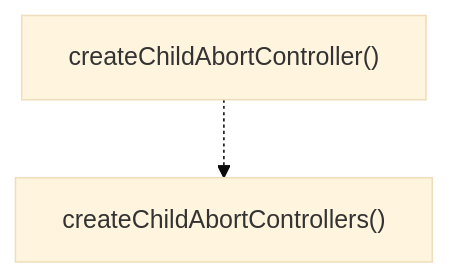
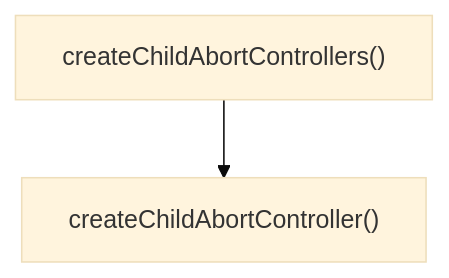
One commit to Mekann2904/mekann changed the diagram in ABDD/.pi/lib/abort-utils.md. Above: the diagram before and after it, drawn with Mermaid (base theme). The commit also changed other lines of this file and 277 other files, not shown here.

````diff
--- a/ABDD/.pi/lib/abort-utils.md
+++ b/ABDD/.pi/lib/abort-utils.md
@@ -27,6 +27,6 @@
 ```mermaid
 flowchart TD
   createChildAbortController["createChildAbortController()"]
   createChildAbortControllers["createChildAbortControllers()"]
-  createChildAbortController -.-> createChildAbortControllers
+  createChildAbortControllers --> createChildAbortController
 ```
````
